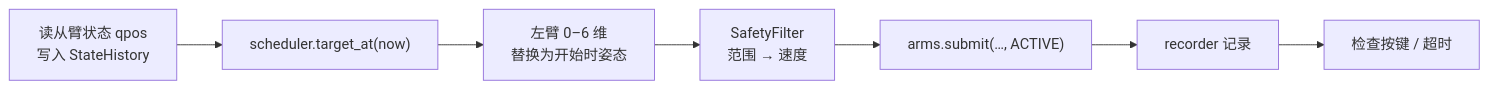
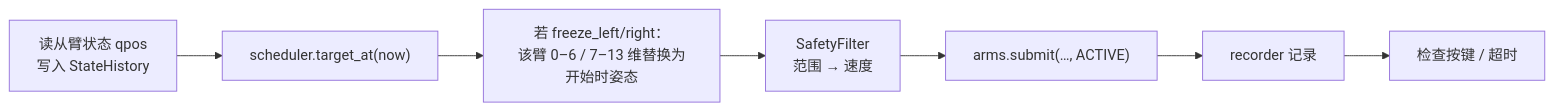
The third of 7 diagrams in docs/02_architecture.md (FuFutheBest/yam_infer), drawn with Mermaid before and after one commit. The commit also changed other lines of this file and 7 other files, not shown here.

````diff
--- a/docs/02_architecture.md
+++ b/docs/02_architecture.md
@@ -122,9 +122,9 @@
 ```mermaid
 flowchart LR
     A["读从臂状态 qpos<br/>写入 StateHistory"] --> B["scheduler.target_at(now)"]
-    B --> C["左臂 0–6 维<br/>替换为开始时姿态"]
+    B --> C["若 freeze_left/right：<br/>该臂 0–6 / 7–13 维替换为开始时姿态"]
     C --> D["SafetyFilter<br/>范围 → 速度"]
     D --> E["arms.submit(…, ACTIVE)"]
     E --> F["recorder 记录"]
     F --> G["检查按键 / 超时"]
 ```
````
